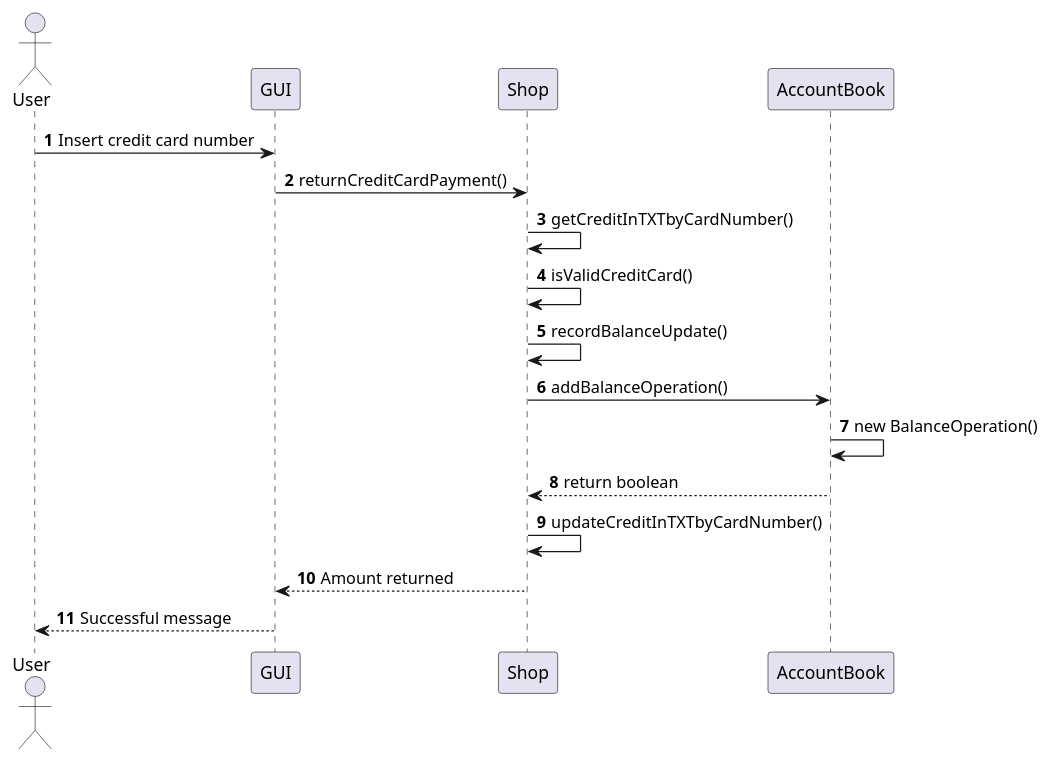
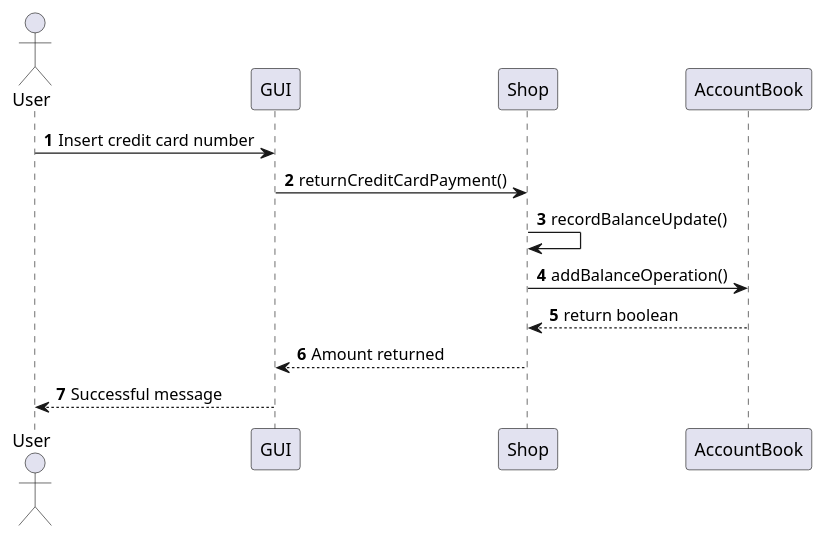
One commit to Stormz4/group20-EzShop changed diagram 22 of 23 in Deliverables/DesignDocument.md. Above: the diagram before and after it, drawn with PlantUML. The commit also changed other lines of this file, not shown here.

````diff
--- a/Deliverables/DesignDocument.md
+++ b/Deliverables/DesignDocument.md
@@ -779,17 +698,13 @@
 ```plantuml
 @startuml
 Actor User
 autonumber
 User -> GUI: Insert credit card number
 GUI -> Shop: returnCreditCardPayment()
-Shop -> Shop: getCreditInTXTbyCardNumber()
-Shop -> Shop: isValidCreditCard()
 Shop -> Shop: recordBalanceUpdate()
 Shop -> AccountBook: addBalanceOperation()
-AccountBook -> AccountBook: new BalanceOperation()
 AccountBook --> Shop: return boolean
-Shop -> Shop: updateCreditInTXTbyCardNumber()
 Shop --> GUI: Amount returned
 GUI --> User: Successful message
 @enduml
 ```
````
